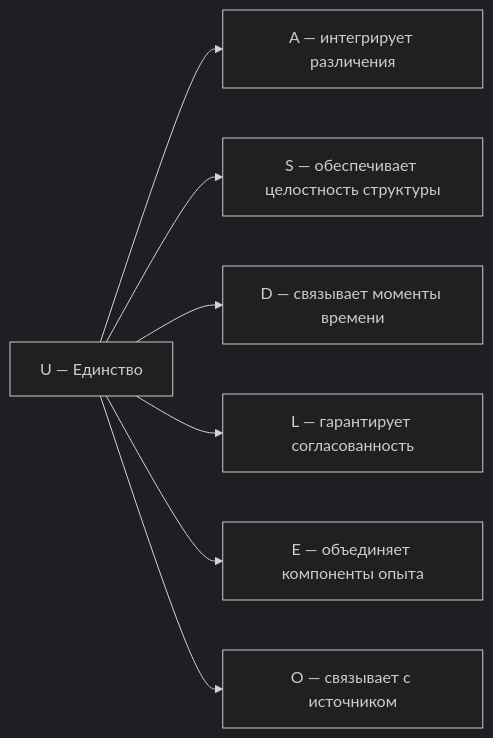
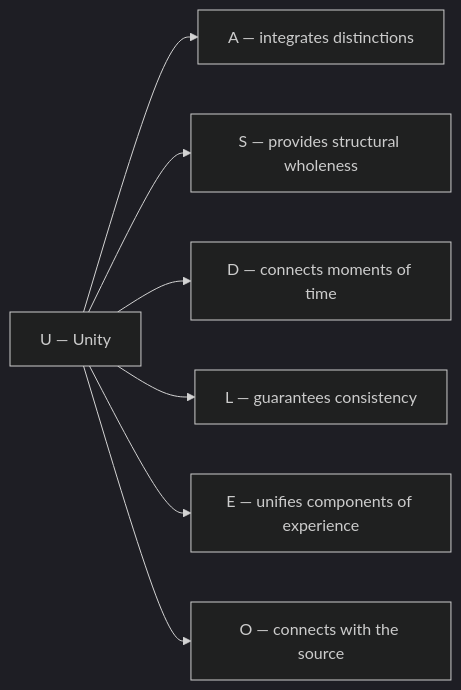
One commit to gst-st/uhm changed the second of 2 diagrams in website/docs/core/structure/dimension-u.md. Above: the diagram before and after it, drawn with Mermaid (dark theme). The commit also changed other lines of this file and 25 other files, not shown here.

````diff
--- a/website/docs/core/structure/dimension-u.md
+++ b/website/docs/core/structure/dimension-u.md
@@ -381,9 +381,9 @@
 ```mermaid
 graph LR
-    U[U — Единство] --> A[A — интегрирует различения]
-    U --> S[S — обеспечивает целостность структуры]
-    U --> D[D — связывает моменты времени]
-    U --> L[L — гарантирует согласованность]
-    U --> E[E — объединяет компоненты опыта]
-    U --> O[O — связывает с источником]
+    U[U — Unity] --> A[A — integrates distinctions]
+    U --> S[S — provides structural wholeness]
+    U --> D[D — connects moments of time]
+    U --> L[L — guarantees consistency]
+    U --> E[E — unifies components of experience]
+    U --> O[O — connects with the source]
 ```
````
